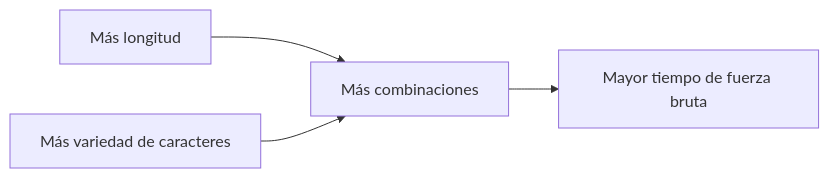
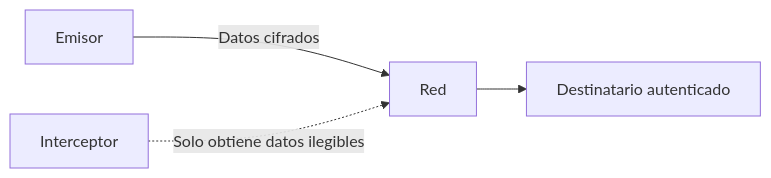
The eighth of 10 diagrams in materiales/diapositivas/UD01_diapositivas.md (martalopezron92/2026-2SMR-SEGINF-Material), drawn with Mermaid before and after one commit. The commit also changed other lines of this file, not shown here.

````diff
--- a/materiales/diapositivas/UD01_diapositivas.md
+++ b/materiales/diapositivas/UD01_diapositivas.md
@@ -447,6 +290,6 @@
 ```mermaid
 flowchart LR
-    L[Más longitud] --> E[Más combinaciones]
-    V[Más variedad de caracteres] --> E
-    E --> T[Mayor tiempo de fuerza bruta]
+ E[Emisor] -->|Datos cifrados| R[Red]
+ R --> D[Destinatario autenticado]
+ A[Interceptor] -.->|Solo obtiene datos ilegibles| R
 ```
````
